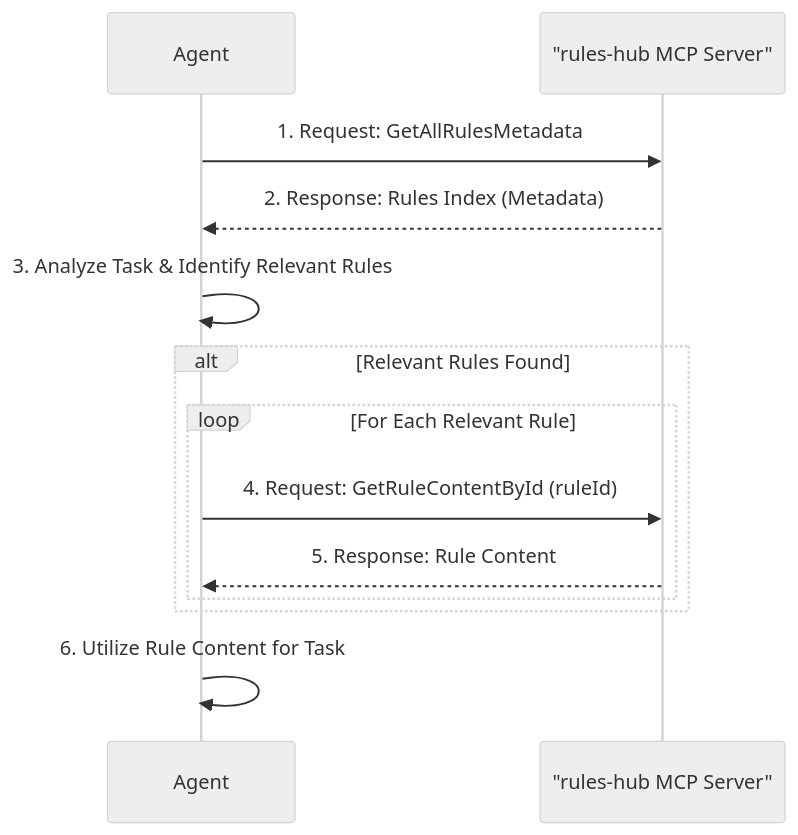
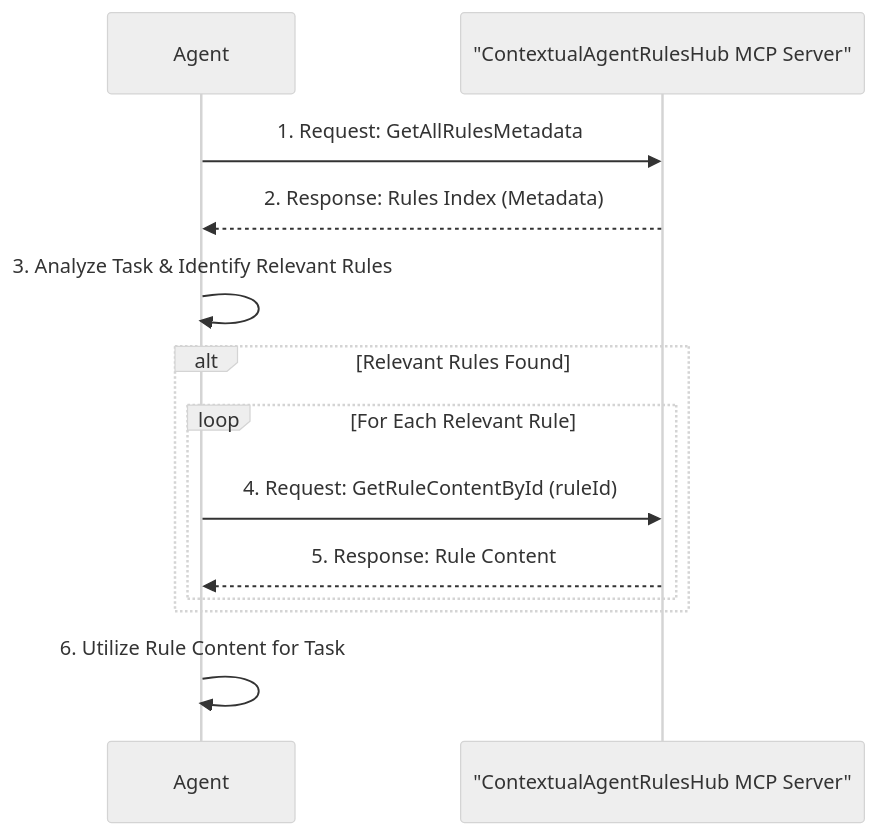
The diagram in README.md (oshvartz/ContextualAgentRulesHub), drawn with Mermaid (neutral theme) before and after one commit. The commit also changed other lines of this file, not shown here.

````diff
--- a/README.md
+++ b/README.md
@@ -24,16 +24,16 @@
 ```mermaid
 sequenceDiagram
     participant Agent
-    participant RulesHubServer as "rules-hub MCP Server"
+    participant RulesHubServer as "ContextualAgentRulesHub MCP Server"
 
     Agent->>RulesHubServer: 1. Request: GetAllRulesMetadata
     RulesHubServer-->>Agent: 2. Response: Rules Index (Metadata)
     Agent->>Agent: 3. Analyze Task & Identify Relevant Rules
     alt Relevant Rules Found
         loop For Each Relevant Rule
             Agent->>RulesHubServer: 4. Request: GetRuleContentById (ruleId)
             RulesHubServer-->>Agent: 5. Response: Rule Content
         end
     end
     Agent->>Agent: 6. Utilize Rule Content for Task
 ```
````
